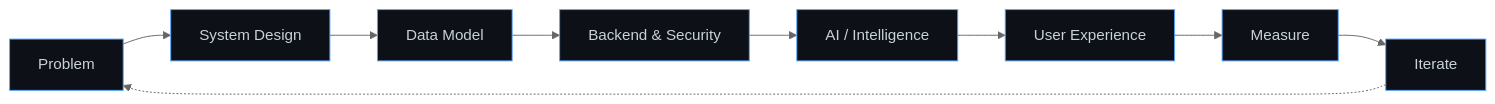
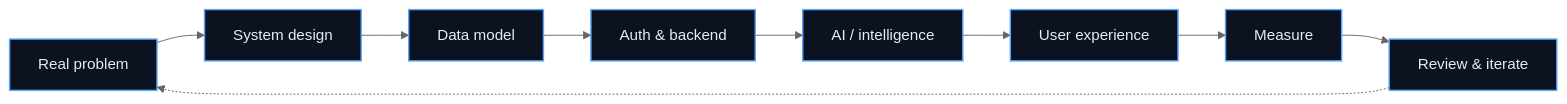
Before and after one commit to kunalchwdry/kunalchwdry: the first of 11 diagrams in README.md, drawn with Mermaid (neutral theme). The commit also changed other lines of this file, not shown here.

````diff
--- a/README.md
+++ b/README.md
@@ -109,14 +106,14 @@
-```mermaid
+``` mermaid
 flowchart LR
-    P["Problem"] --> S["System Design"]
-    S --> D["Data Model"]
-    D --> B["Backend & Security"]
-    B --> AI["AI / Intelligence"]
-    AI --> UX["User Experience"]
-    UX --> M["Measure"]
-    M --> I["Iterate"]
-    I -.-> P
+    P["Real problem"] --> S["System design"]
+    S --> D["Data model"]
+    D --> A["Auth & backend"]
+    A --> I["AI / intelligence"]
+    I --> U["User experience"]
+    U --> M["Measure"]
+    M --> R["Review & iterate"]
+    R -.-> P
 
-    classDef core fill:#0d1117,stroke:#58a6ff,color:#c9d1d9;
-    class P,S,D,B,AI,UX,M,I core;
+    classDef core fill:#0b1220,stroke:#58a6ff,color:#e6edf3,stroke-width:1.5px;
+    class P,S,D,A,I,U,M,R core;
 ```
````
